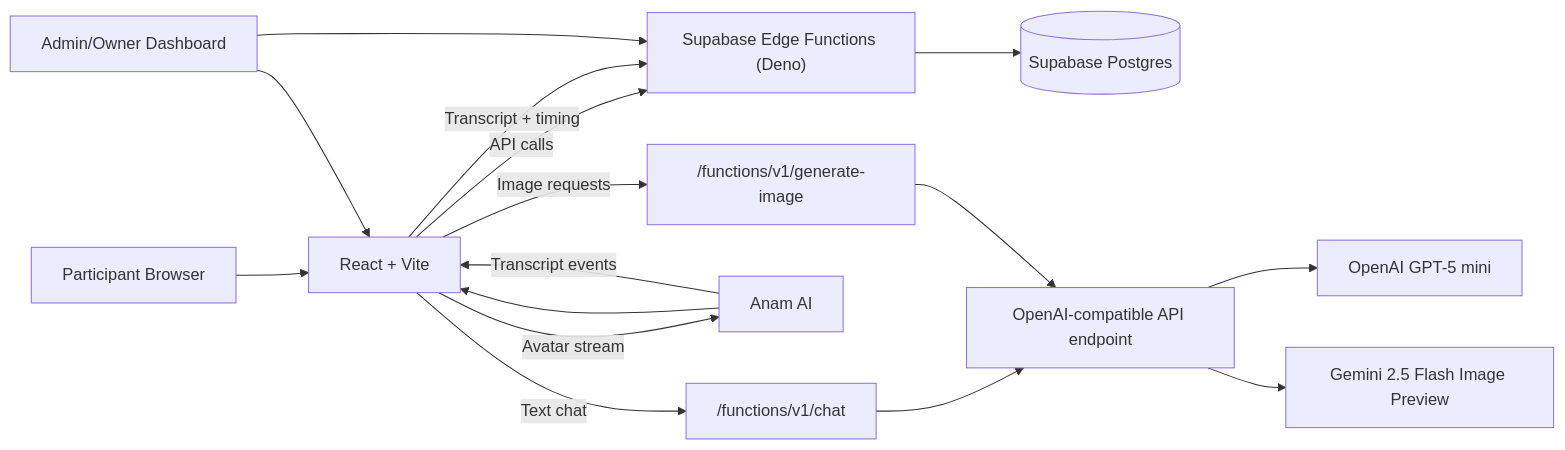
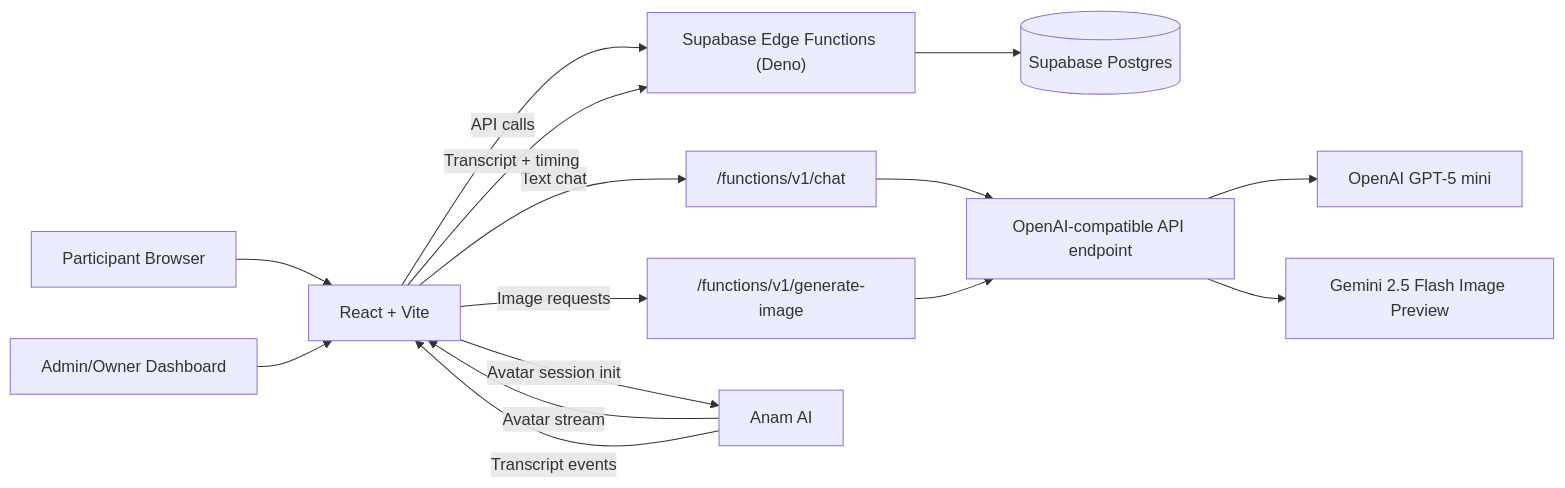
The first of 2 diagrams in README.md (jacobemanuel/embodiment-lab), drawn with Mermaid before and after one commit. The commit also changed other lines of this file and 2 other files, not shown here.

Commit message:
Update consent copy and README diagrams

````diff
--- a/README.md
+++ b/README.md
@@ -73,22 +73,21 @@
 ```mermaid
 flowchart LR
   U["Participant Browser"] --> FE["React + Vite"]
+  Admin["Admin/Owner Dashboard"] --> FE
+
   FE -->|API calls| Edge["Supabase Edge Functions (Deno)"]
   Edge --> DB[("Supabase Postgres")]
 
   FE -->|Text chat| ChatFn["/functions/v1/chat"]
   ChatFn --> LLMApi["OpenAI-compatible API endpoint"]
   LLMApi --> OpenAI["OpenAI GPT-5 mini"]
 
-  FE -->|Avatar stream| Anam["Anam AI"]
-  Anam --> FE
-  Anam -->|Transcript events| FE
-  FE -->|Transcript + timing| Edge
-
   FE -->|Image requests| ImgFn["/functions/v1/generate-image"]
   ImgFn --> LLMApi
   LLMApi --> Gemini["Gemini 2.5 Flash Image Preview"]
 
-  Admin["Admin/Owner Dashboard"] --> FE
-  Admin --> Edge
+  FE -->|Avatar session init| Anam["Anam AI"]
+  Anam -->|Avatar stream| FE
+  Anam -->|Transcript events| FE
+  FE -->|Transcript + timing| Edge
 ```
````
